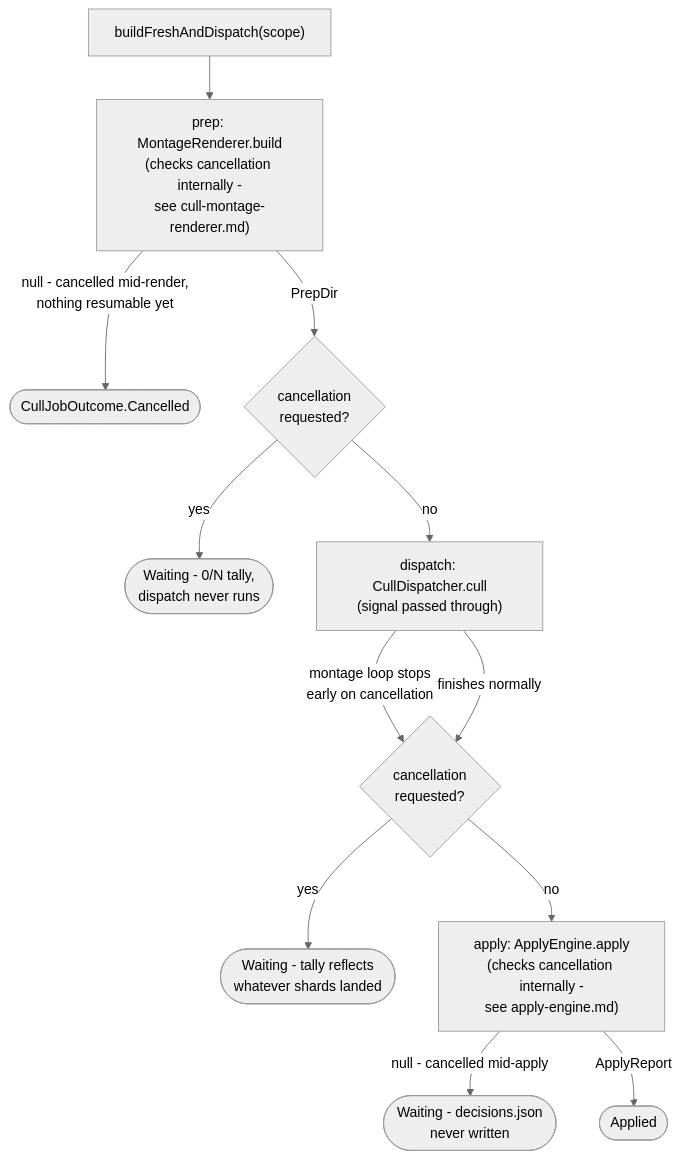
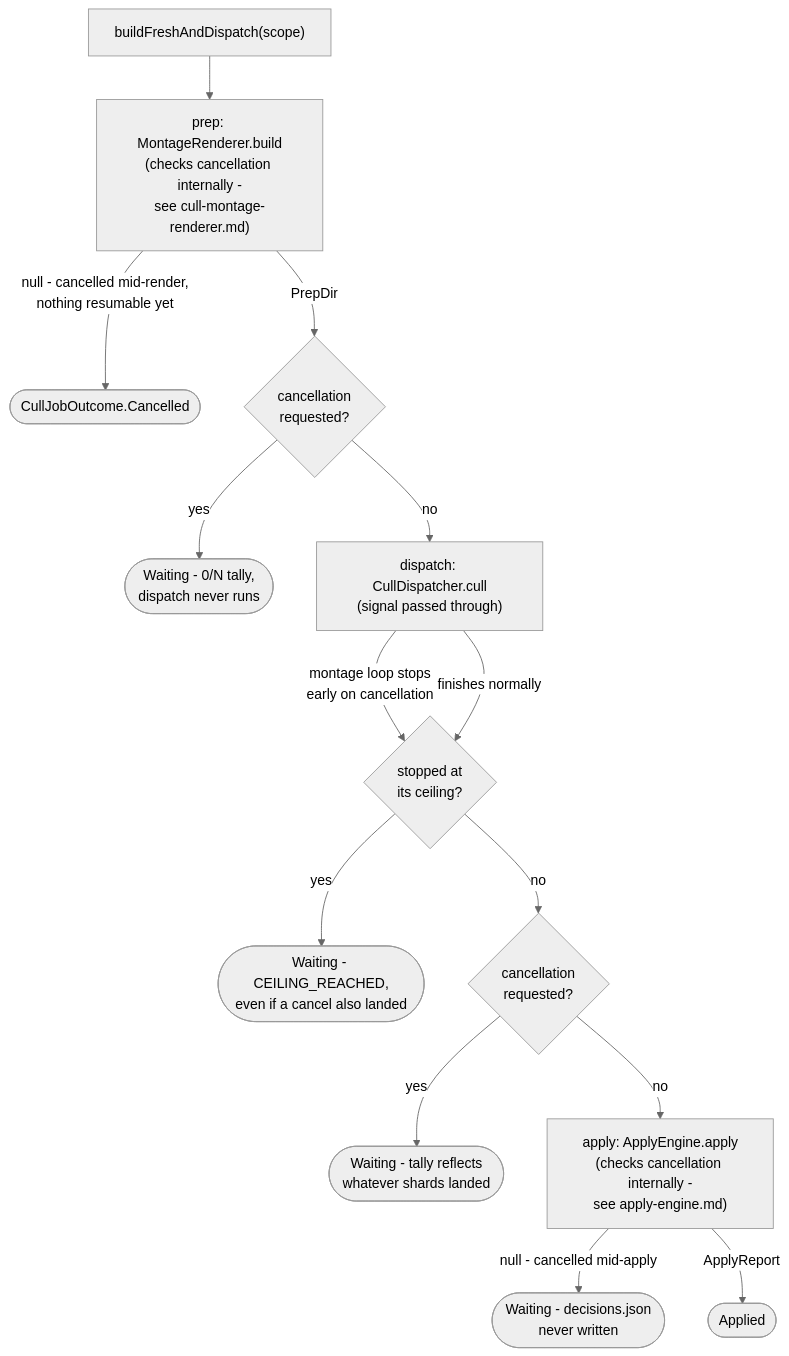
The second of 3 diagrams in app/docs/design/application/service/cull-engine.md (AdrianNachev91/sluice), drawn with Mermaid (neutral theme) before and after one commit. The commit also changed other lines of this file and 33 other files, not shown here.

````diff
--- a/app/docs/design/application/service/cull-engine.md
+++ b/app/docs/design/application/service/cull-engine.md
@@ -254,14 +258,16 @@
 ```mermaid
 flowchart TD
     A["buildFreshAndDispatch(scope)"] --> P["prep: MontageRenderer.build<br/>(checks cancellation internally -<br/>see cull-montage-renderer.md)"]
     P -- "null - cancelled mid-render,<br/>nothing resumable yet" --> WC(["CullJobOutcome.Cancelled"])
     P -- "PrepDir" --> C1{"cancellation<br/>requested?"}
     C1 -- "yes" --> W1(["Waiting - 0/N tally,<br/>dispatch never runs"])
     C1 -- "no" --> D["dispatch: CullDispatcher.cull<br/>(signal passed through)"]
-    D -- "montage loop stops<br/>early on cancellation" --> C2{"cancellation<br/>requested?"}
-    D -- "finishes normally" --> C2
+    D -- "montage loop stops<br/>early on cancellation" --> C0{"stopped at<br/>its ceiling?"}
+    D -- "finishes normally" --> C0
+    C0 -- "yes" --> WCE(["Waiting - CEILING_REACHED,<br/>even if a cancel also landed"])
+    C0 -- "no" --> C2{"cancellation<br/>requested?"}
     C2 -- "yes" --> W2(["Waiting - tally reflects<br/>whatever shards landed"])
     C2 -- "no" --> AP["apply: ApplyEngine.apply<br/>(checks cancellation internally -<br/>see apply-engine.md)"]
     AP -- "null - cancelled mid-apply" --> W3(["Waiting - decisions.json<br/>never written"])
     AP -- "ApplyReport" --> APP(["Applied"])
 ```
````
